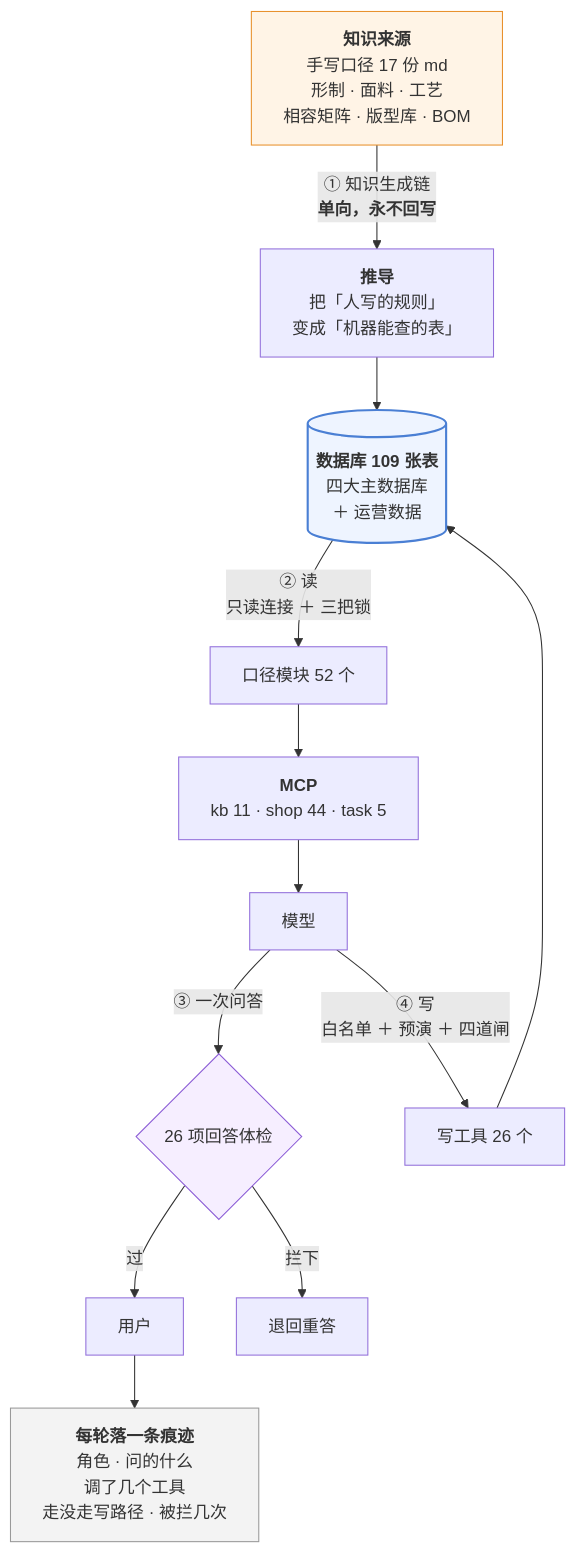
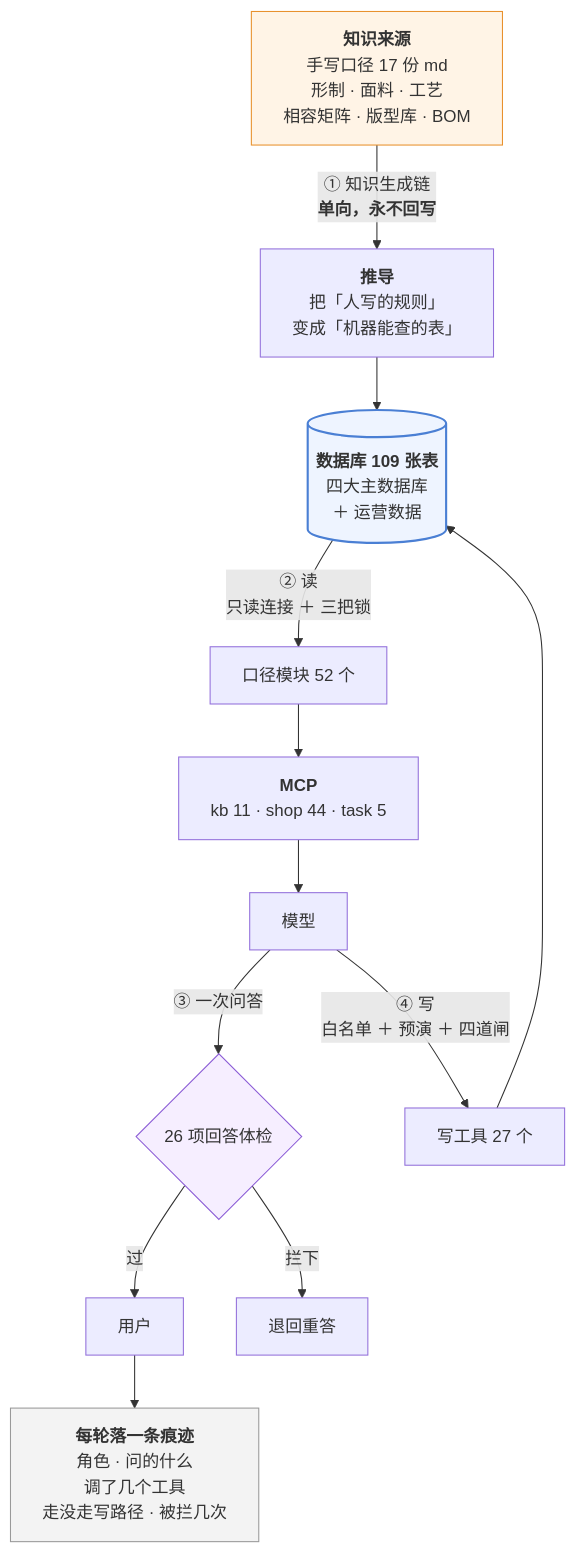
The third of 3 diagrams in 澜绣云裳agent-产品说明.md (843773296-rgb/lanxiu-yunshang-agent), drawn with Mermaid before and after one commit. The commit also changed other lines of this file and 18 other files, not shown here.

````diff
--- a/澜绣云裳agent-产品说明.md
+++ b/澜绣云裳agent-产品说明.md
@@ -969,24 +969,24 @@
 ```mermaid
 flowchart TD
     MD["<b>知识来源</b><br/>手写口径 17 份 md<br/>形制 · 面料 · 工艺<br/>相容矩阵 · 版型库 · BOM"]
     MD -->|"① 知识生成链<br/><b>单向，永不回写</b>"| DV["<b>推导</b><br/>把「人写的规则」<br/>变成「机器能查的表」"]
     DV --> DB[("<b>数据库 109 张表</b><br/>四大主数据库<br/>＋ 运营数据")]
 
     DB -->|"② 读<br/>只读连接 ＋ 三把锁"| KJ["口径模块 52 个"]
     KJ --> MCP["<b>MCP</b><br/>kb 11 · shop 44 · task 5"]
     MCP --> LLM["模型"]
 
     LLM -->|"③ 一次问答"| GD{"26 项回答体检"}
     GD -- 过 --> U["用户"]
     GD -- 拦下 --> RE["退回重答"]
 
-    LLM -->|"④ 写<br/>白名单 ＋ 预演 ＋ 四道闸"| W["写工具 26 个"]
+    LLM -->|"④ 写<br/>白名单 ＋ 预演 ＋ 四道闸"| W["写工具 27 个"]
     W --> DB
 
     U --> TR["<b>每轮落一条痕迹</b><br/>角色 · 问的什么<br/>调了几个工具<br/>走没走写路径 · 被拦几次"]
 
     style MD fill:#fff4e6,stroke:#e8912d
     style DB fill:#eef4ff,stroke:#4a7fd4,stroke-width:2px
     style GD fill:#f6eeff,stroke:#8b5cd6
     style TR fill:#f3f3f3,stroke:#999
 ```
````
